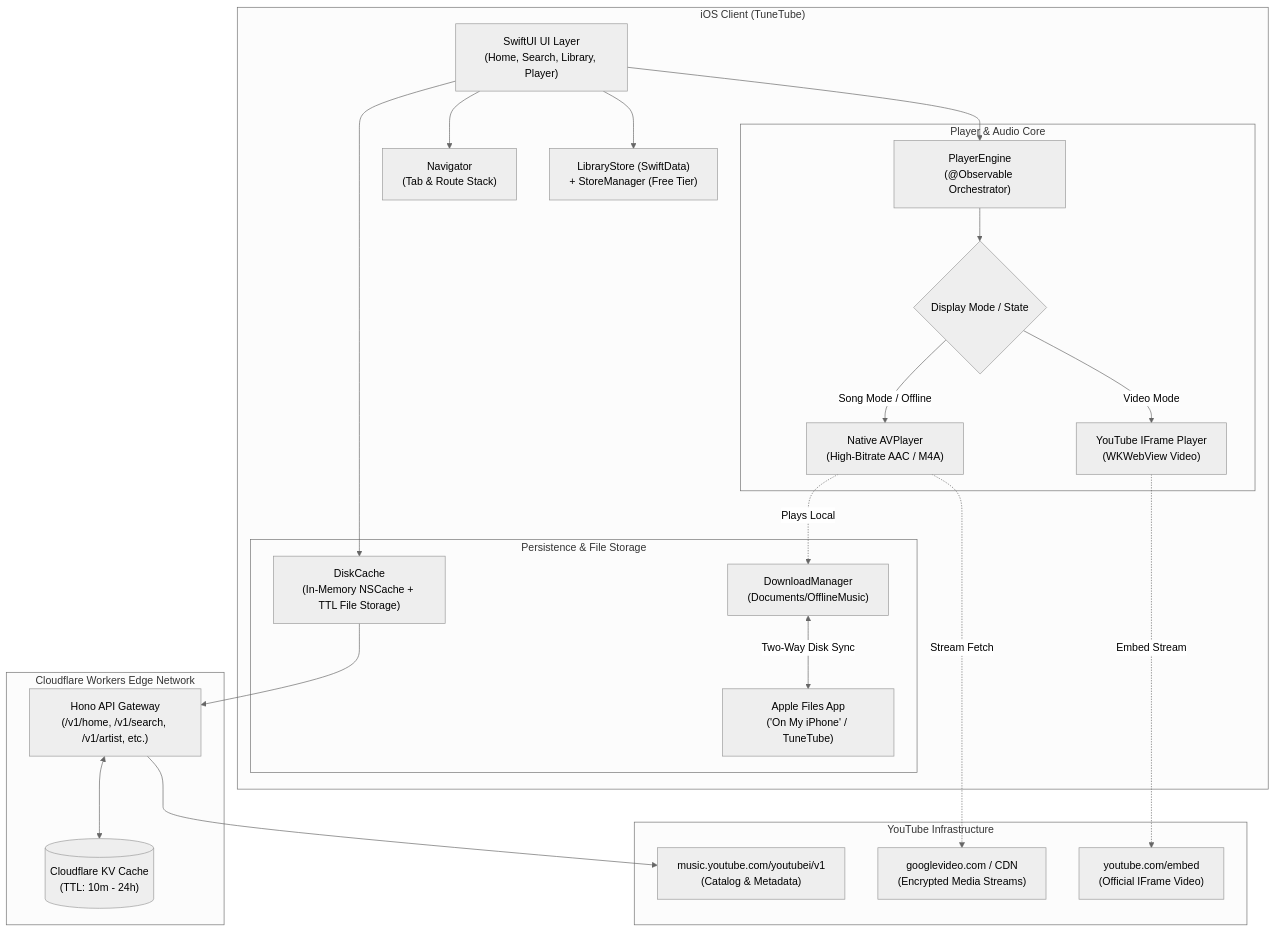
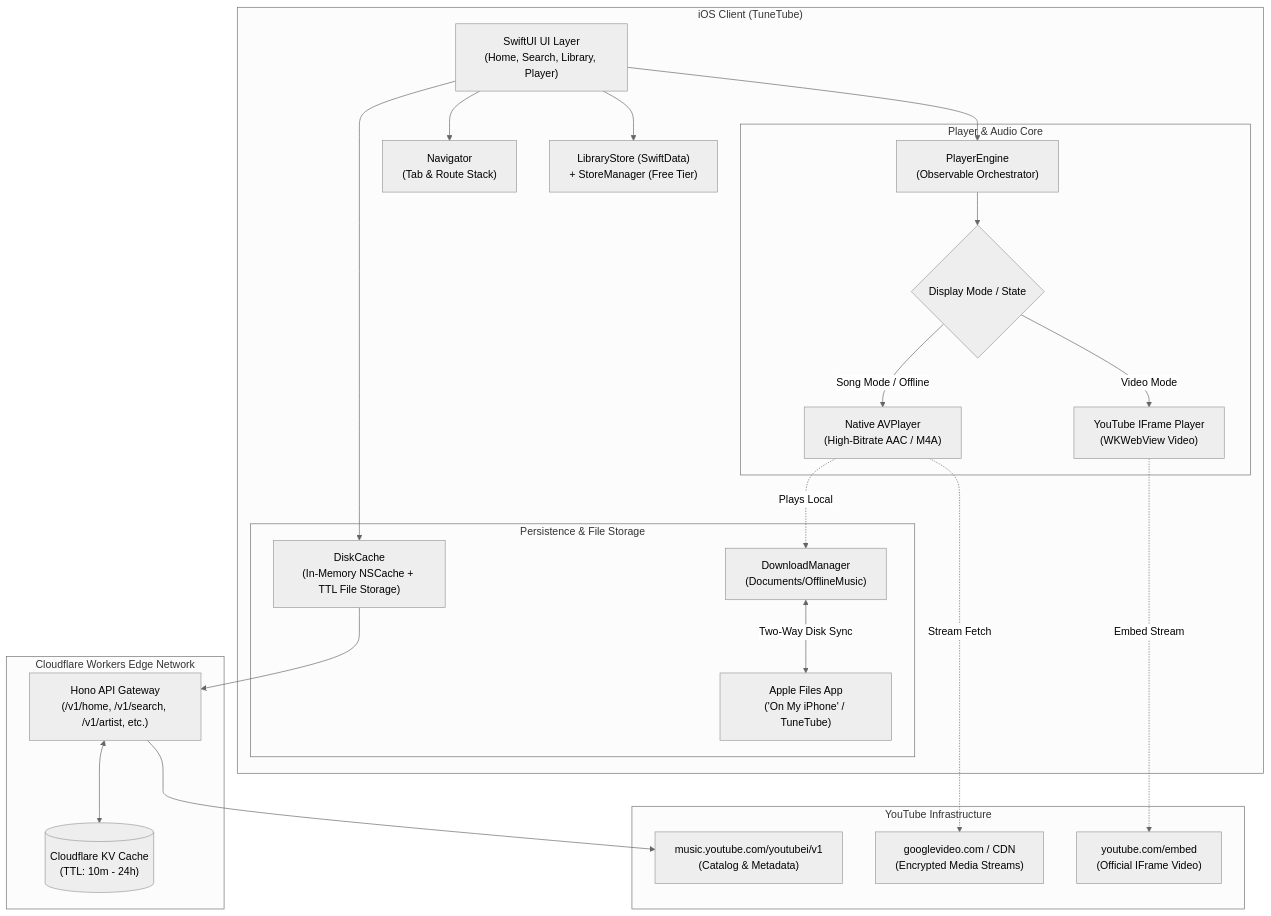
The first of 7 diagrams in docs/ARCHITECTURE.md (MachangDoniel/TuneTube), drawn with Mermaid (neutral theme) before and after one commit. The commit also changed other lines of this file and 1 other file, not shown here.

Commit message:
docs: fix Mermaid syntax errors in ARCHITECTURE.md and README.md

````diff
--- a/docs/ARCHITECTURE.md
+++ b/docs/ARCHITECTURE.md
@@ -13,51 +13,51 @@
 ```mermaid
 flowchart TB
     subgraph iOSClient ["iOS Client (TuneTube)"]
         UI["SwiftUI UI Layer\n(Home, Search, Library, Player)"]
         Nav["Navigator\n(Tab & Route Stack)"]
         Store["LibraryStore (SwiftData)\n+ StoreManager (Free Tier)"]
         
         subgraph EngineCore ["Player & Audio Core"]
-            Engine["PlayerEngine\n(@Observable Orchestrator)"]
+            Engine["PlayerEngine\n(Observable Orchestrator)"]
             ModeCheck{"Display Mode / State"}
             AVP["Native AVPlayer\n(High-Bitrate AAC / M4A)"]
             IFrame["YouTube IFrame Player\n(WKWebView Video)"]
         end
         
         subgraph StorageLayer ["Persistence & File Storage"]
             Cache["DiskCache\n(In-Memory NSCache + TTL File Storage)"]
             DM["DownloadManager\n(Documents/OfflineMusic)"]
             FilesApp["Apple Files App\n('On My iPhone' / TuneTube)"]
         end
     end
 
     subgraph EdgeBackend ["Cloudflare Workers Edge Network"]
         Worker["Hono API Gateway\n(/v1/home, /v1/search, /v1/artist, etc.)"]
         KV[("Cloudflare KV Cache\n(TTL: 10m - 24h)")]
     end
 
     subgraph Upstream ["YouTube Infrastructure"]
         InnerTube["music.youtube.com/youtubei/v1\n(Catalog & Metadata)"]
         CDN["googlevideo.com / CDN\n(Encrypted Media Streams)"]
         YTWeb["youtube.com/embed\n(Official IFrame Video)"]
     end
 
     UI --> Nav
     UI --> Engine
     UI --> Store
     
     Engine --> ModeCheck
     ModeCheck -- "Song Mode / Offline" --> AVP
     ModeCheck -- "Video Mode" --> IFrame
     
     AVP -. "Plays Local" .-> DM
     DM <-->|Two-Way Disk Sync| FilesApp
     
     UI --> Cache
     Cache --> Worker
     Worker <--> KV
     Worker --> InnerTube
     
     AVP -. "Stream Fetch" .-> CDN
     IFrame -. "Embed Stream" .-> YTWeb
 ```
````
